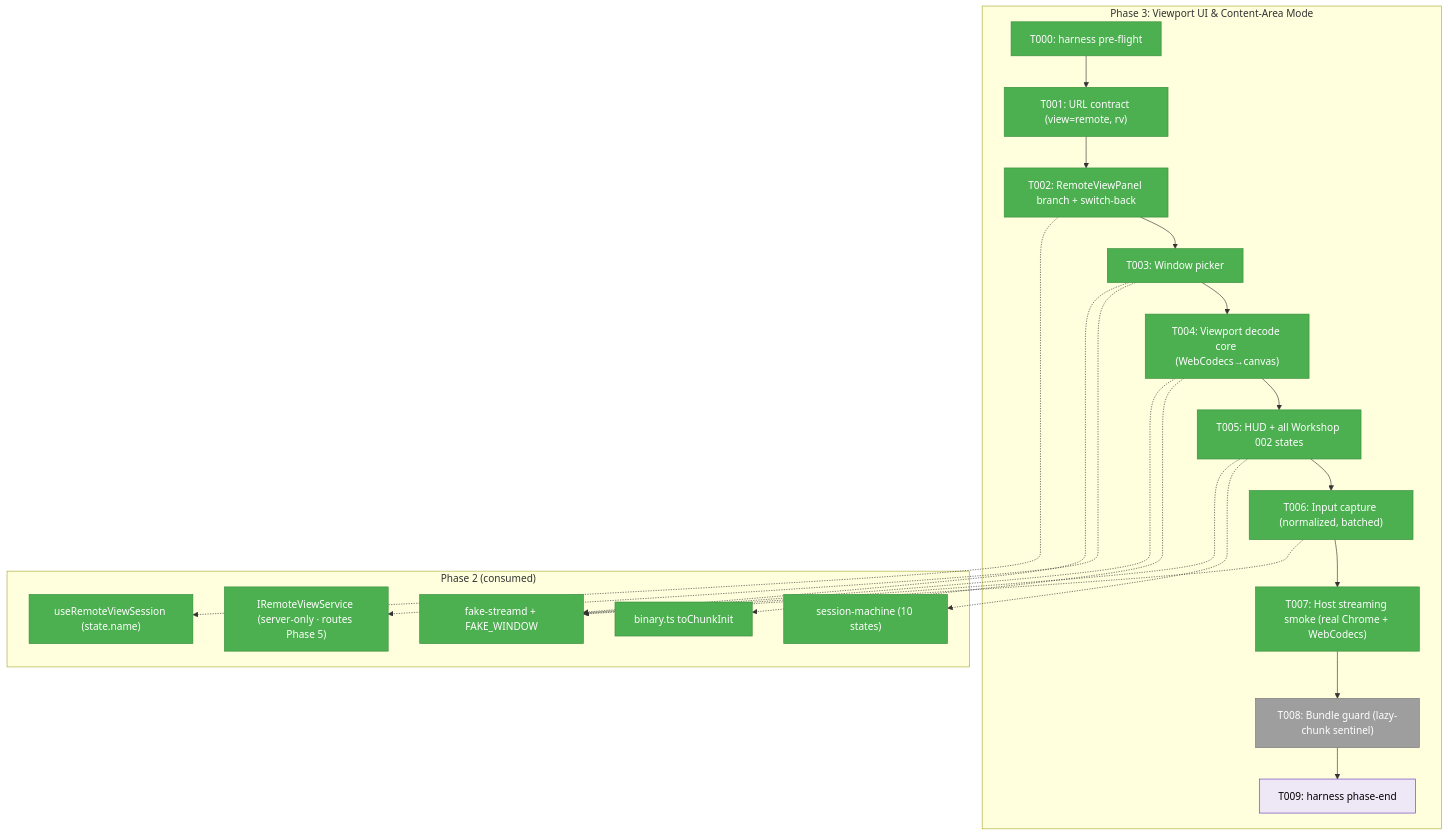
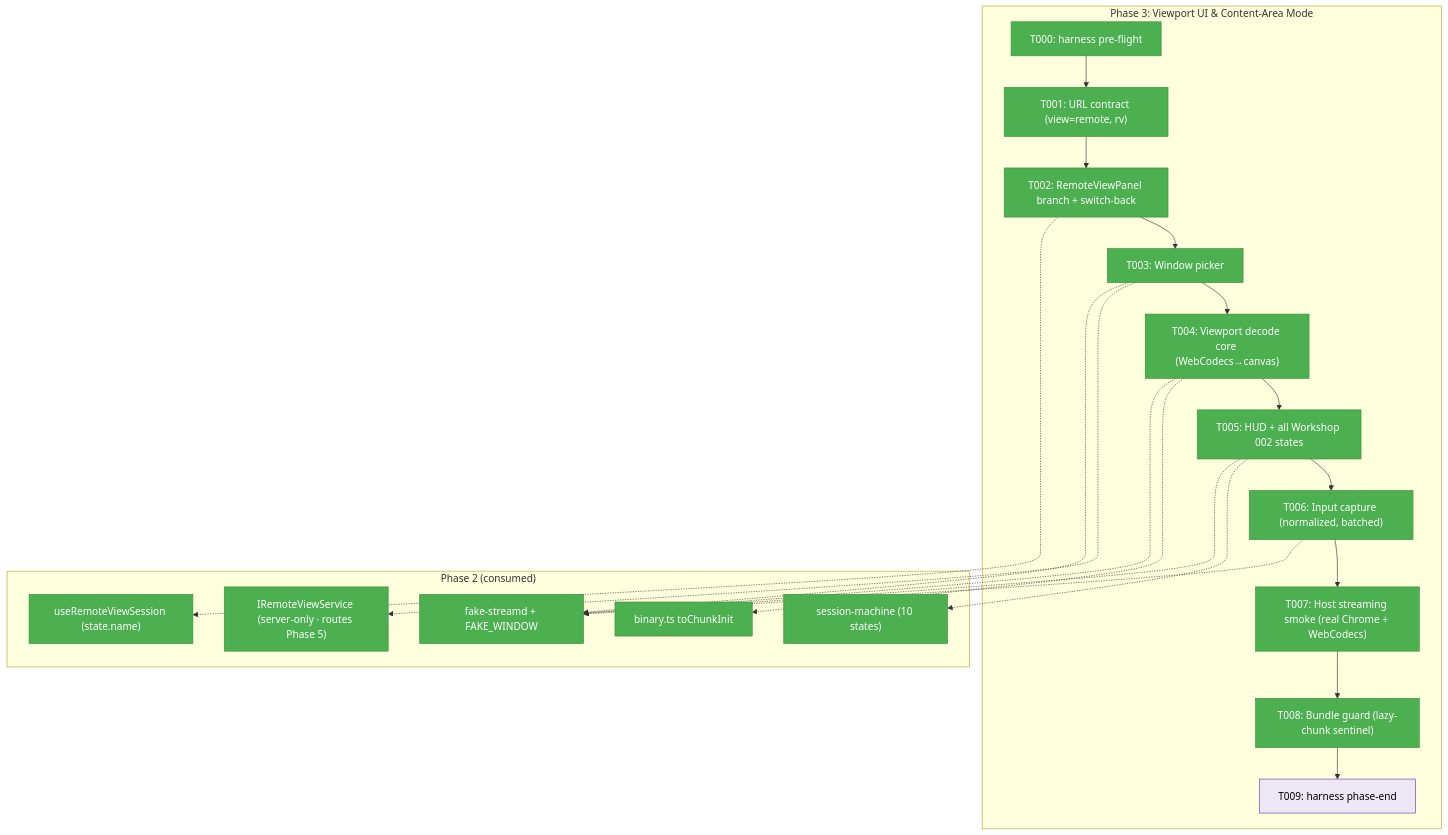
The first of 3 diagrams in docs/plans/088-remote-app-view/tasks/phase-3-viewport-ui-content-area-mode/tasks.md (AI-Substrate/chainglass), drawn with Mermaid before and after one commit. The commit also changed other lines of this file and 2 other files, not shown here.

Commit message:
test(remote-view): T008 bundle guard — viewport lazy-loaded, AC-13 (Plan 088 Phase 3)
Copy the 086 bundle-ac10 mechanism: sentinel remote-view-viewport (lives only in the
lazy viewport.tsx) must be in a lazy chunk and absent from the shared bundle; skips
without .next. Validated for real: ran next build (ignoreBuildErrors survives the 12
pre-existing type errors), then the guard PASSED — viewport is code-split.

````diff
--- a/docs/plans/088-remote-app-view/tasks/phase-3-viewport-ui-content-area-mode/tasks.md
+++ b/docs/plans/088-remote-app-view/tasks/phase-3-viewport-ui-content-area-mode/tasks.md
@@ -90,36 +90,36 @@
 ```mermaid
 flowchart TD
     classDef pending fill:#9E9E9E,stroke:#757575,color:#fff
     classDef wip fill:#FF9800,stroke:#F57C00,color:#000
     classDef done fill:#4CAF50,stroke:#388E3C,color:#fff
     classDef seam fill:#EDE7F6,stroke:#673AB7,color:#000
     classDef reuse fill:#4CAF50,stroke:#388E3C,color:#fff
 
     subgraph Phase["Phase 3: Viewport UI & Content-Area Mode"]
         T000["T000: harness pre-flight"]:::done
         T001["T001: URL contract (view=remote, rv)"]:::done
         T002["T002: RemoteViewPanel branch + switch-back"]:::done
         T003["T003: Window picker"]:::done
         T004["T004: Viewport decode core (WebCodecs→canvas)"]:::done
         T005["T005: HUD + all Workshop 002 states"]:::done
         T006["T006: Input capture (normalized, batched)"]:::done
         T007["T007: Host streaming smoke (real Chrome + WebCodecs)"]:::done
-        T008["T008: Bundle guard (lazy-chunk sentinel)"]:::pending
+        T008["T008: Bundle guard (lazy-chunk sentinel)"]:::done
         T009["T009: harness phase-end"]:::seam
         T000 --> T001 --> T002 --> T003 --> T004 --> T005 --> T006 --> T007 --> T008 --> T009
     end
 
     subgraph Reuse["Phase 2 (consumed)"]
         H["useRemoteViewSession (state.name)"]:::reuse
         FSM["session-machine (10 states)"]:::reuse
         BIN["binary.ts toChunkInit"]:::reuse
         SVC["IRemoteViewService (server-only · routes Phase 5)"]:::reuse
         FAKE["fake-streamd + FAKE_WINDOW"]:::reuse
     end
 
     T002 -.-> H
     T003 -.-> SVC
     T004 -.-> BIN
     T005 -.-> FSM
     T003 & T004 & T005 & T006 -.-> FAKE
 ```
````
